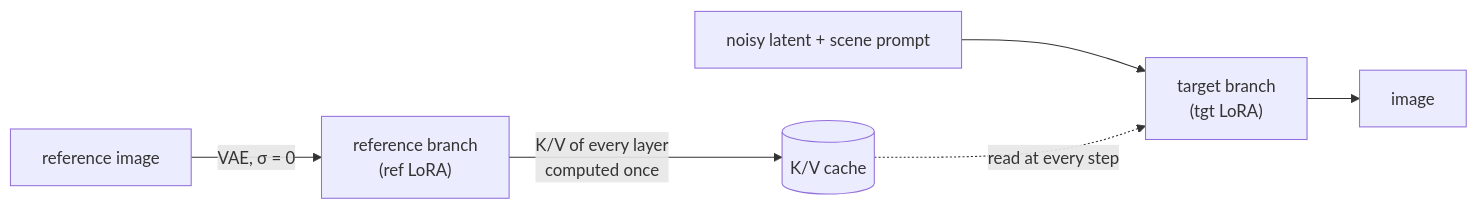
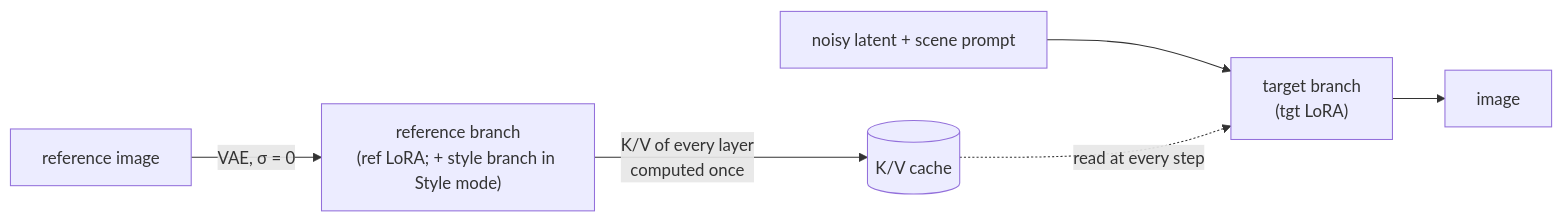
Before and after one commit to ArcAnima/SnapRef: the diagram in README.md, drawn with Mermaid. The commit also changed other lines of this file and 9 other files, not shown here.

````diff
--- a/README.md
+++ b/README.md
@@ -223,8 +347,8 @@
 ```mermaid
 flowchart LR
-    R[reference image] -->|VAE, σ = 0| RB["reference branch<br/>(ref LoRA)"]
+    R[reference image] -->|VAE, σ = 0| RB["reference branch<br/>(ref LoRA; + style branch in Style mode)"]
     RB -->|"K/V of every layer<br/>computed once"| C[(K/V cache)]
     N[noisy latent + scene prompt] --> TB["target branch<br/>(tgt LoRA)"]
     C -.->|"read at every step"| TB
     TB --> O[image]
 ```
````
